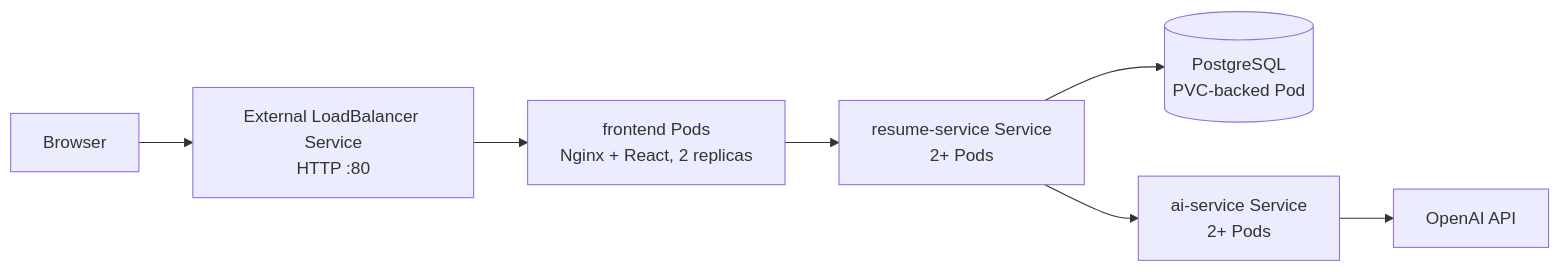
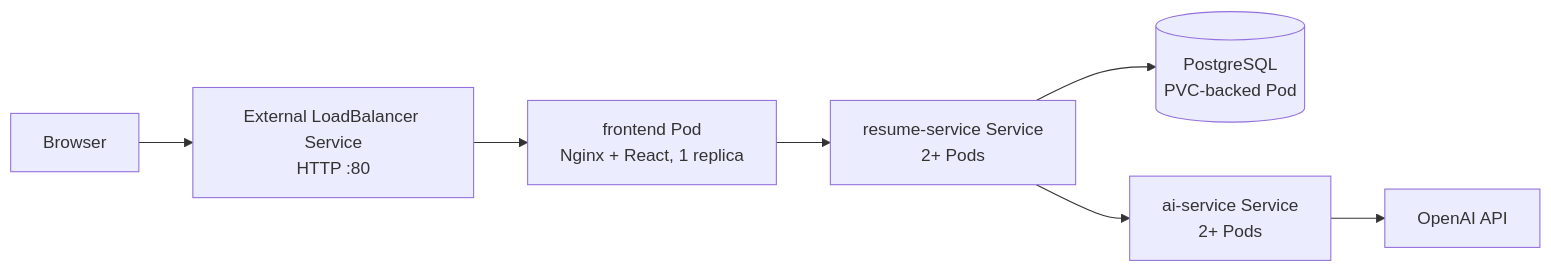
Before and after one commit to zzkhangg/tailor-cv-ai: the second of 2 diagrams in docs/architecture.md, drawn with Mermaid. The commit also changed other lines of this file and 10 other files, not shown here.

````diff
--- a/docs/architecture.md
+++ b/docs/architecture.md
@@ -31,9 +31,9 @@
 ```mermaid
 flowchart LR
     U[Browser] --> LB[External LoadBalancer Service<br/>HTTP :80]
-    LB --> F[frontend Pods<br/>Nginx + React, 2 replicas]
+    LB --> F[frontend Pod<br/>Nginx + React, 1 replica]
     F --> R[resume-service Service<br/>2+ Pods]
     R --> P[(PostgreSQL<br/>PVC-backed Pod)]
     R --> A[ai-service Service<br/>2+ Pods]
     A --> O[OpenAI API]
 ```
````
